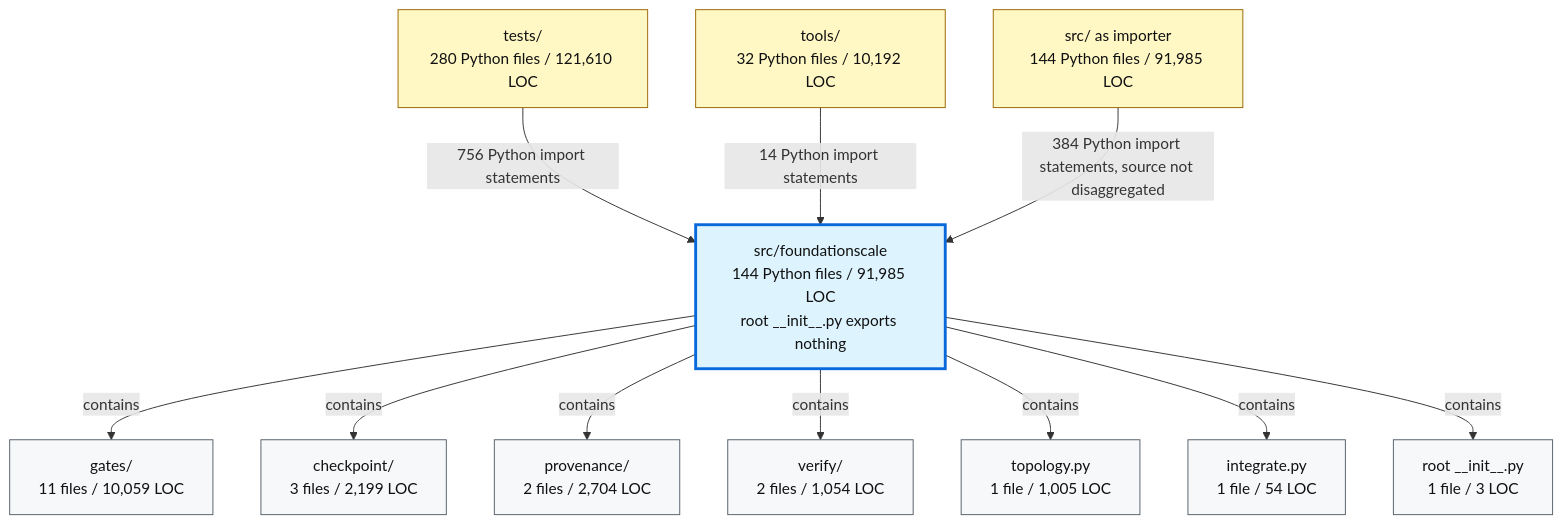
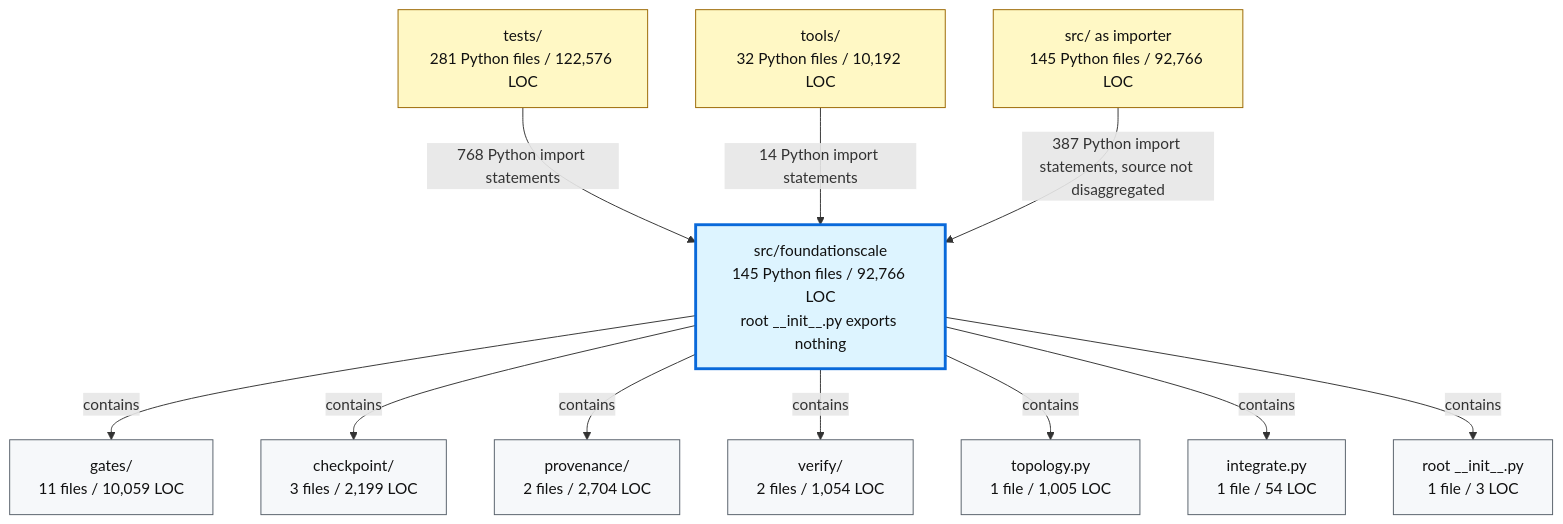
Before and after one commit to TranNhiem/FoundationScale: the second of 2 diagrams in docs/review/D2_current_architecture.md, drawn with Mermaid. The commit also changed other lines of this file and 22 other files, not shown here.

````diff
--- a/docs/review/D2_current_architecture.md
+++ b/docs/review/D2_current_architecture.md
@@ -97,36 +97,36 @@
 ```mermaid
 flowchart TB
-  TESTS["tests/<br/>280 Python files / 121,610 LOC"]
+  TESTS["tests/<br/>281 Python files / 122,576 LOC"]
   TOOLS["tools/<br/>32 Python files / 10,192 LOC"]
-  SRC["src/ as importer<br/>144 Python files / 91,985 LOC"]
+  SRC["src/ as importer<br/>145 Python files / 92,766 LOC"]
 
-  FS["src/foundationscale<br/>144 Python files / 91,985 LOC<br/>root __init__.py exports nothing"]
+  FS["src/foundationscale<br/>145 Python files / 92,766 LOC<br/>root __init__.py exports nothing"]
 
   GATES["gates/<br/>11 files / 10,059 LOC"]
   CKPT["checkpoint/<br/>3 files / 2,199 LOC"]
   PROV["provenance/<br/>2 files / 2,704 LOC"]
   VERIFY["verify/<br/>2 files / 1,054 LOC"]
   TOPO["topology.py<br/>1 file / 1,005 LOC"]
   INTEG["integrate.py<br/>1 file / 54 LOC"]
   ROOT["root __init__.py<br/>1 file / 3 LOC"]
 
-  TESTS -->|"756 Python import statements"| FS
+  TESTS -->|"768 Python import statements"| FS
   TOOLS -->|"14 Python import statements"| FS
-  SRC -->|"384 Python import statements, source not disaggregated"| FS
+  SRC -->|"387 Python import statements, source not disaggregated"| FS
 
   FS -->|"contains"| GATES
   FS -->|"contains"| CKPT
   FS -->|"contains"| PROV
   FS -->|"contains"| VERIFY
   FS -->|"contains"| TOPO
   FS -->|"contains"| INTEG
   FS -->|"contains"| ROOT
 
   classDef consumer fill:#fff8c5,stroke:#9a6700,color:#111;
   classDef package fill:#ddf4ff,stroke:#0969da,stroke-width:3px,color:#111;
   classDef module fill:#f6f8fa,stroke:#57606a,color:#111;
 
   class TESTS,TOOLS,SRC consumer;
   class FS package;
   class GATES,CKPT,PROV,VERIFY,TOPO,INTEG,ROOT module;
 ```
````
